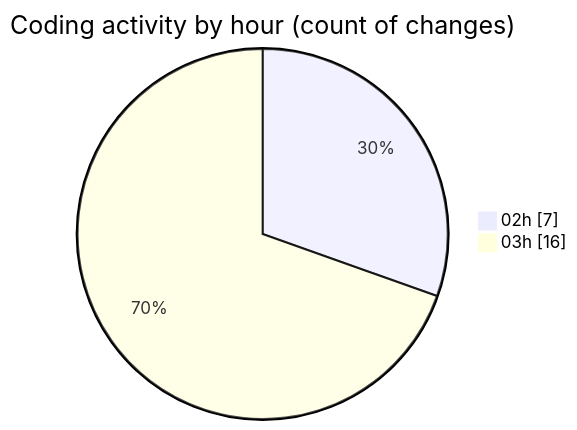
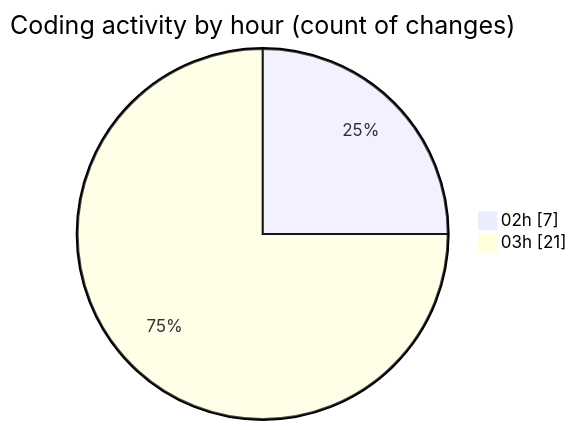
The second of 2 diagrams in 2025-05-29/kimberly-groups/README.md (JenPaints/code-tracking), drawn with Mermaid before and after one commit. The commit also changed other lines of this file and 1 other file, not shown here.

````diff
--- a/2025-05-29/kimberly-groups/README.md
+++ b/2025-05-29/kimberly-groups/README.md
@@ -30,6 +30,6 @@
 ```mermaid
 pie showData
 title Coding activity by hour (count of changes)
 "02h" : 7
-"03h" : 16
+"03h" : 21
 ```
````
